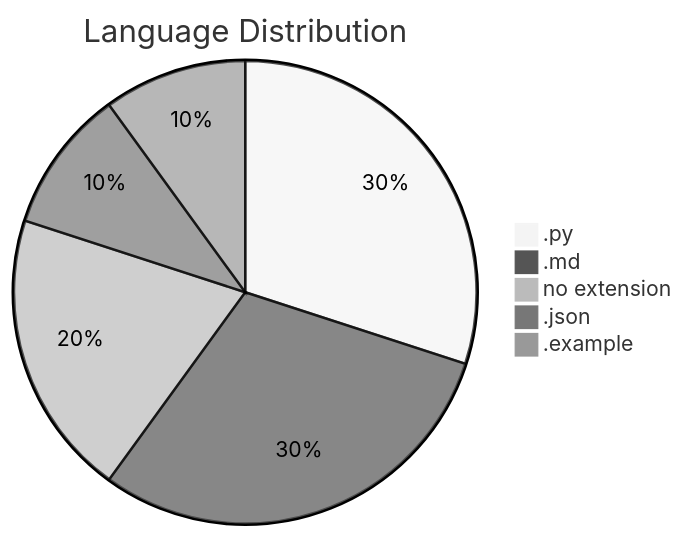
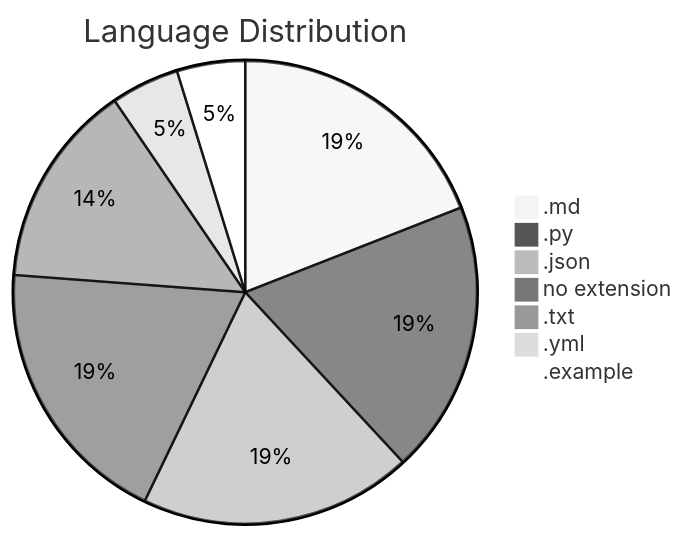
The first of 7 diagrams in readme.md (lystwork/ndaversis), drawn with Mermaid (neutral theme) before and after one commit. The commit also changed other lines of this file and 4 other files, not shown here.

````diff
--- a/readme.md
+++ b/readme.md
@@ -173,8 +175,10 @@
 ```mermaid
 pie title Language Distribution
-    ".py" : 3
-    ".md" : 3
-    "no extension" : 2
-    ".json" : 1
+    ".md" : 4
+    ".py" : 4
+    ".json" : 4
+    "no extension" : 4
+    ".txt" : 3
+    ".yml" : 1
     ".example" : 1
 ```
````
